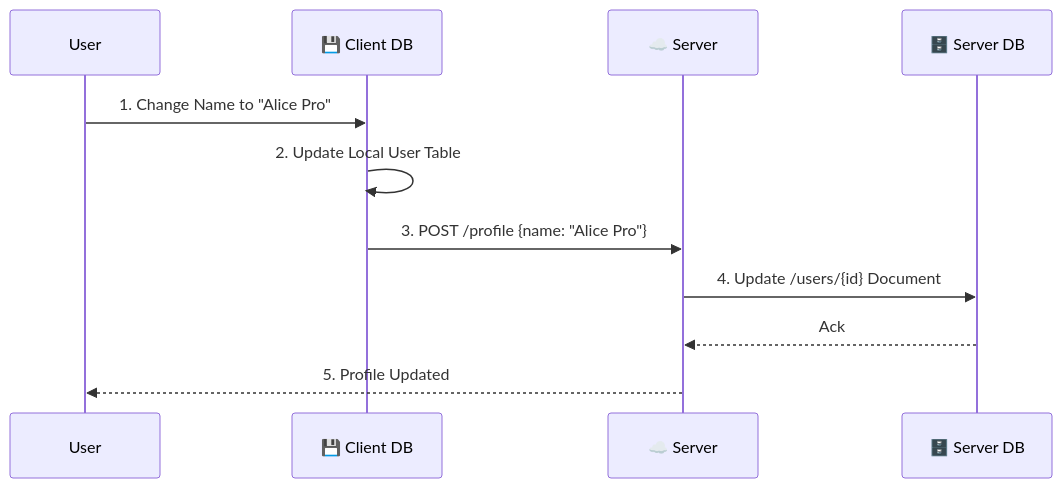
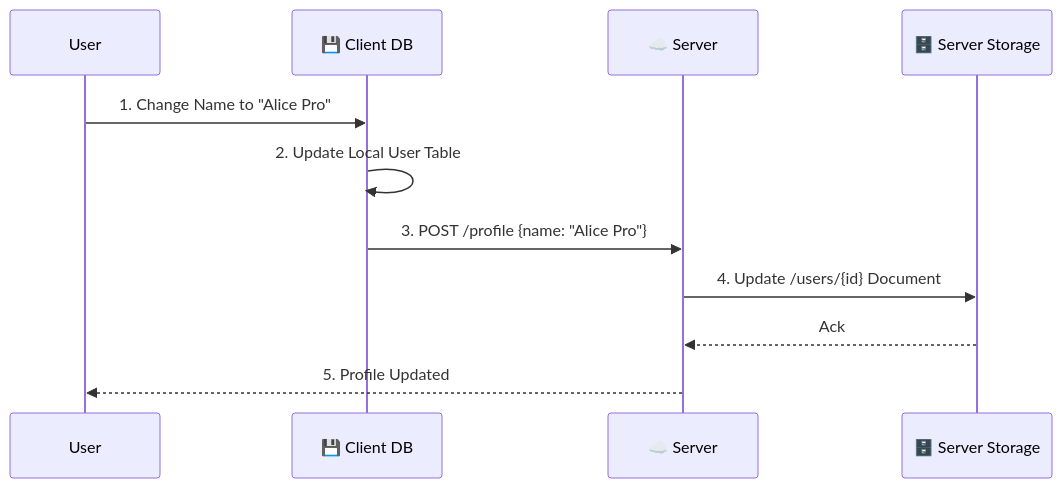
One commit to sameerctinfotech/temp-share changed the second of 18 diagrams in use_case.md. Above: the diagram before and after it, drawn with Mermaid. The commit also changed other lines of this file, not shown here.

````diff
--- a/use_case.md
+++ b/use_case.md
@@ -42,14 +42,14 @@
 ```mermaid
 sequenceDiagram
     participant User
     participant CDB as 💾 Client DB
     participant Server as ☁️ Server
-    participant SDB as 🗄️ Server DB
+    participant SS as 🗄️ Server Storage
 
     User->>CDB: 1. Change Name to "Alice Pro"
     CDB->>CDB: 2. Update Local User Table
     CDB->>Server: 3. POST /profile {name: "Alice Pro"}
-    Server->>SDB: 4. Update /users/{id} Document
-    SDB-->>Server: Ack
+    Server->>SS: 4. Update /users/{id} Document
+    SS-->>Server: Ack
     Server-->>User: 5. Profile Updated
 ```
````
